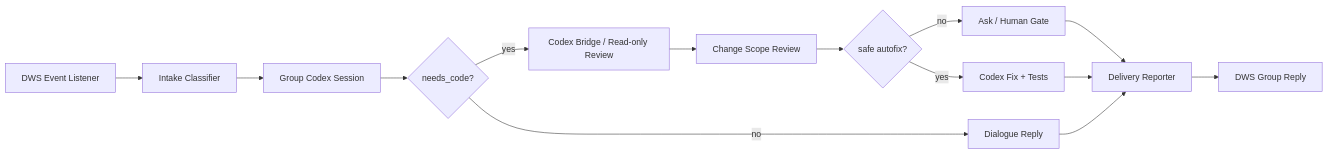
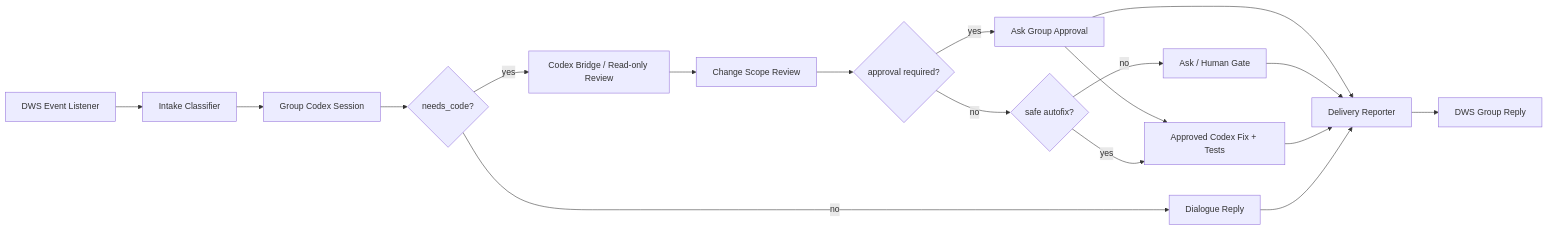
Before and after one commit to howtimeschange/CodeX-Avatar: the first of 2 diagrams in docs/product-agent-spec.md, drawn with Mermaid. The commit also changed other lines of this file and 14 other files, not shown here.

````diff
--- a/docs/product-agent-spec.md
+++ b/docs/product-agent-spec.md
@@ -21,16 +21,20 @@
 ```mermaid
 flowchart LR
   A["DWS Event Listener"] --> B["Intake Classifier"]
   B --> S["Group Codex Session"]
   S --> C{"needs_code?"}
   C -- "no" --> D["Dialogue Reply"]
   C -- "yes" --> E["Codex Bridge / Read-only Review"]
   E --> F["Change Scope Review"]
-  F --> G{"safe autofix?"}
-  G -- "no" --> H["Ask / Human Gate"]
-  G -- "yes" --> I["Codex Fix + Tests"]
+  F --> G{"approval required?"}
+  G -- "yes" --> H["Ask Group Approval"]
+  H --> I["Approved Codex Fix + Tests"]
+  G -- "no" --> L{"safe autofix?"}
+  L -- "no" --> M["Ask / Human Gate"]
+  L -- "yes" --> I
   H --> J["Delivery Reporter"]
+  M --> J
   I --> J
   D --> J
   J --> K["DWS Group Reply"]
 ```
````
